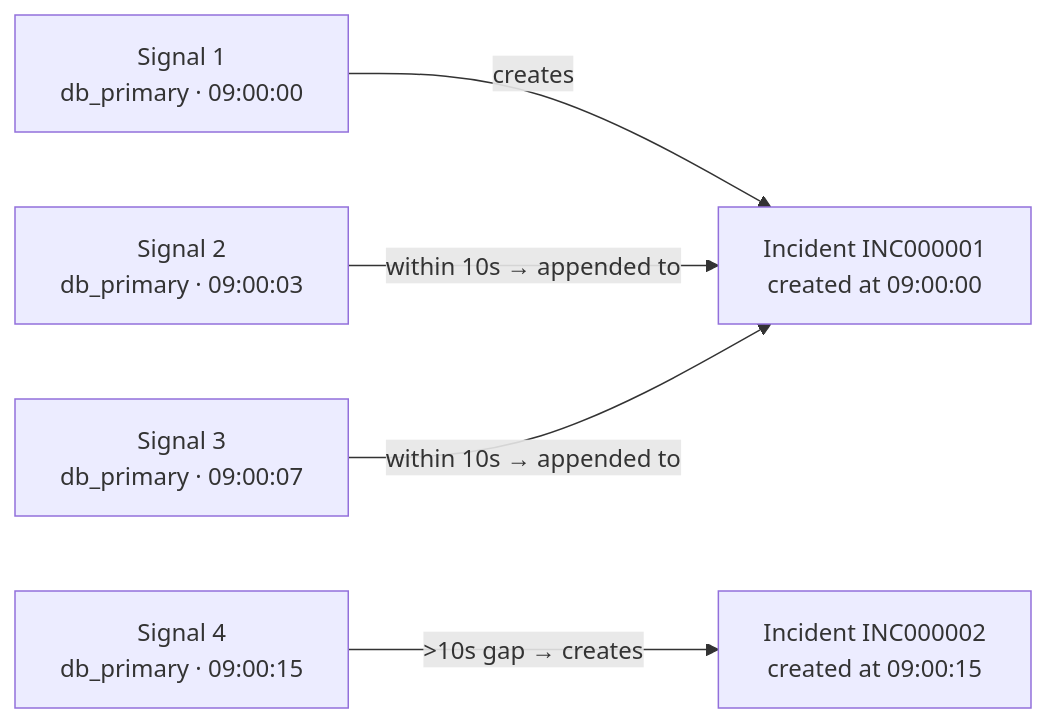
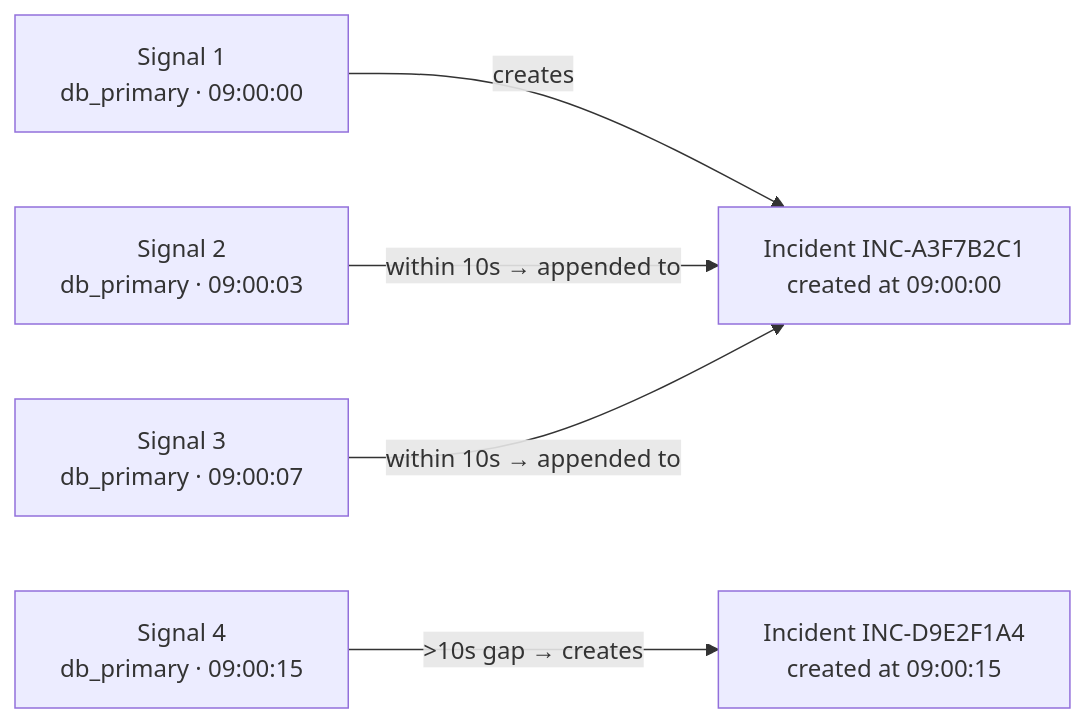
One commit to ManishKudtarkar/incident-management changed the third of 8 diagrams in README.md. Above: the diagram before and after it, drawn with Mermaid. The commit also changed other lines of this file and 9 other files, not shown here.

````diff
--- a/README.md
+++ b/README.md
@@ -166,15 +168,15 @@
 ```mermaid
 graph LR
     S1[Signal 1<br/>db_primary · 09:00:00]
     S2[Signal 2<br/>db_primary · 09:00:03]
     S3[Signal 3<br/>db_primary · 09:00:07]
     S4[Signal 4<br/>db_primary · 09:00:15]
 
-    INC1[Incident INC000001<br/>created at 09:00:00]
-    INC2[Incident INC000002<br/>created at 09:00:15]
+    INC1[Incident INC-A3F7B2C1<br/>created at 09:00:00]
+    INC2[Incident INC-D9E2F1A4<br/>created at 09:00:15]
 
     S1 -->|creates| INC1
     S2 -->|within 10s → appended to| INC1
     S3 -->|within 10s → appended to| INC1
     S4 -->|>10s gap → creates| INC2
 ```
````
